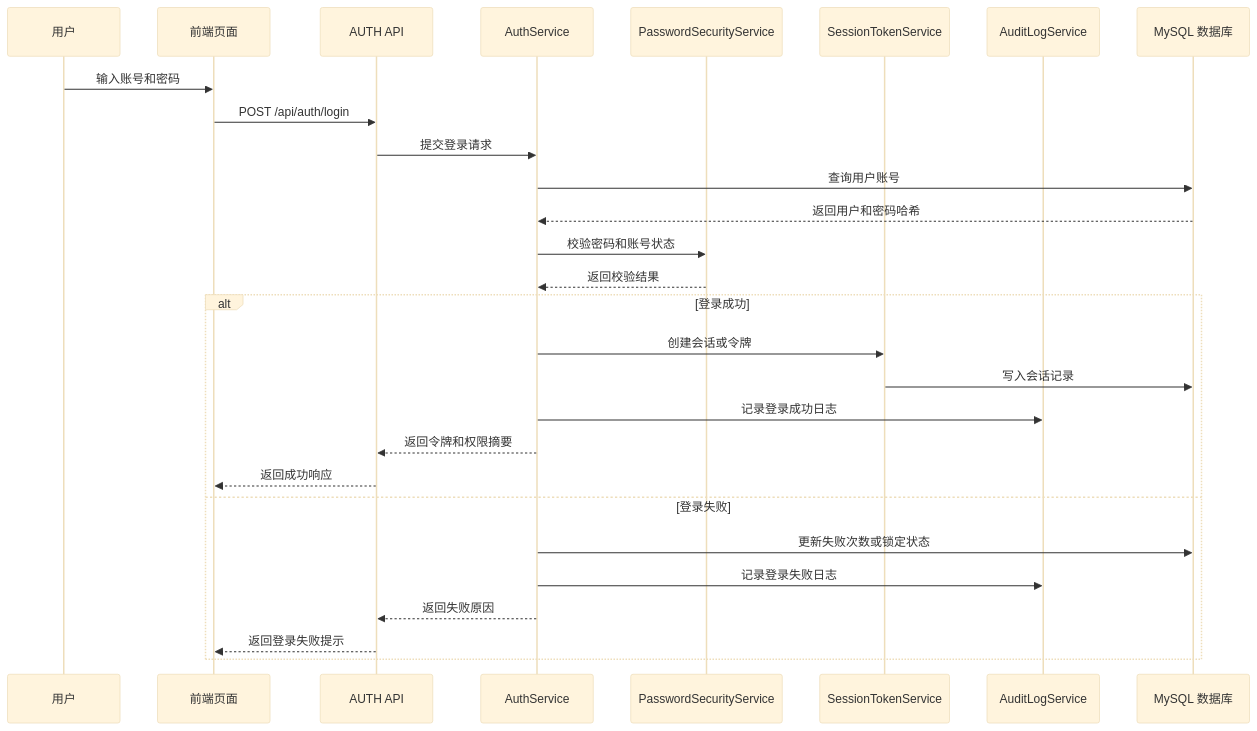
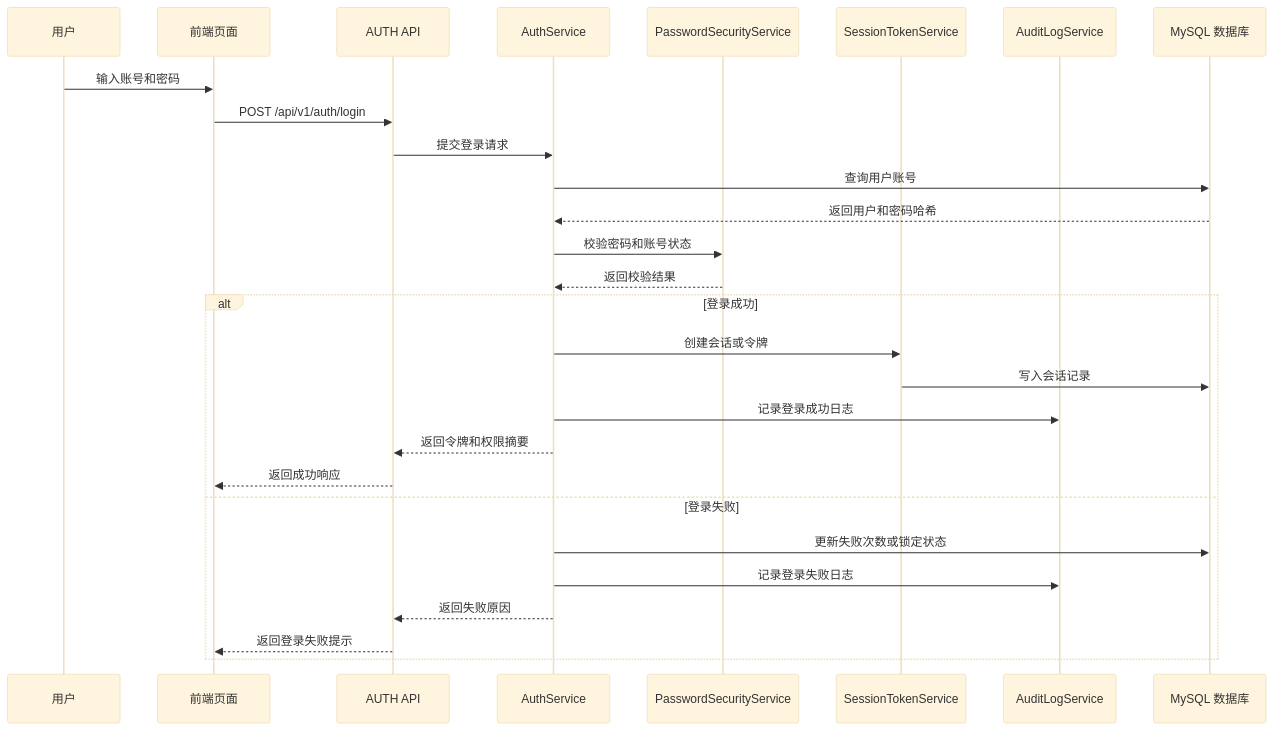
Before and after one commit to Cr4zyorange/OnlineJudge: the fourth of 47 diagrams in docs/最终提交/软件详细设计说明书.md, drawn with Mermaid (base theme). The commit also changed other lines of this file, not shown here.

````diff
--- a/docs/最终提交/软件详细设计说明书.md
+++ b/docs/最终提交/软件详细设计说明书.md
@@ -477,30 +478,30 @@
 ```mermaid
 sequenceDiagram
   participant U as 用户
   participant P as 前端页面
   participant A as AUTH API
   participant AS as AuthService
   participant PS as PasswordSecurityService
   participant TS as SessionTokenService
   participant LS as AuditLogService
   participant D as MySQL 数据库
   U->>P: 输入账号和密码
-  P->>A: POST /api/auth/login
+  P->>A: POST /api/v1/auth/login
   A->>AS: 提交登录请求
   AS->>D: 查询用户账号
   D-->>AS: 返回用户和密码哈希
   AS->>PS: 校验密码和账号状态
   PS-->>AS: 返回校验结果
   alt 登录成功
     AS->>TS: 创建会话或令牌
     TS->>D: 写入会话记录
     AS->>LS: 记录登录成功日志
     AS-->>A: 返回令牌和权限摘要
     A-->>P: 返回成功响应
   else 登录失败
     AS->>D: 更新失败次数或锁定状态
     AS->>LS: 记录登录失败日志
     AS-->>A: 返回失败原因
     A-->>P: 返回登录失败提示
   end
 ```
````
